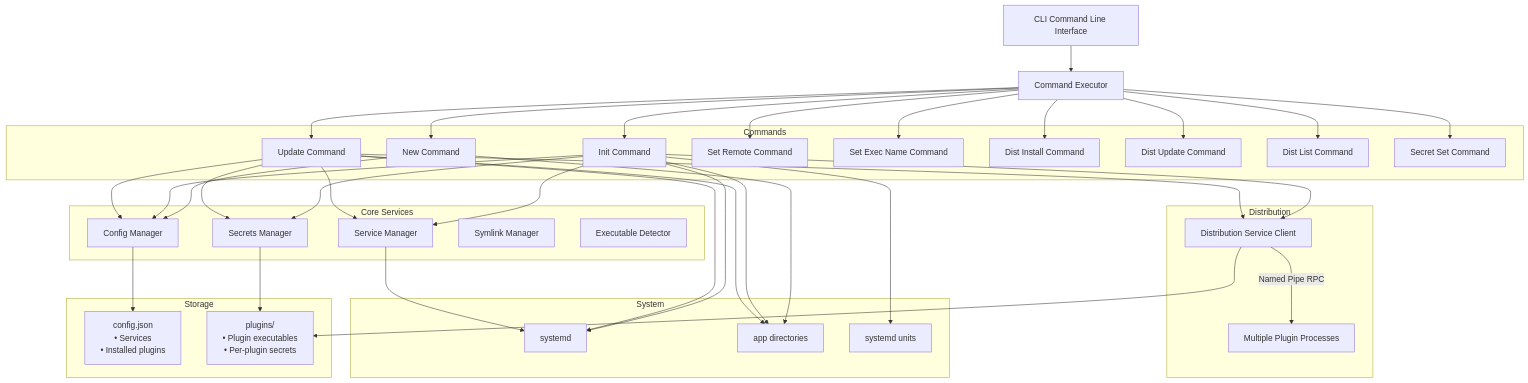
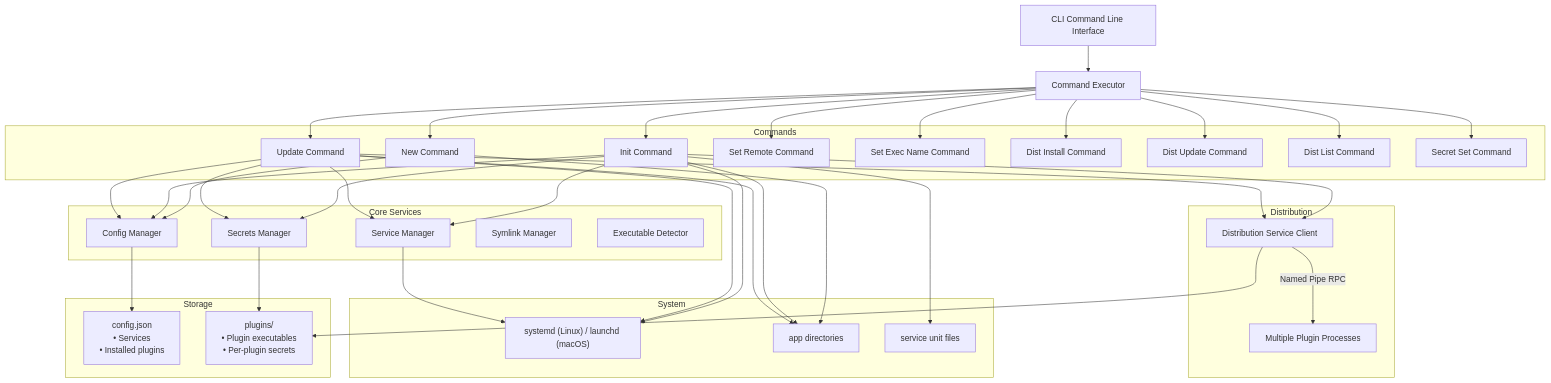
The first of 6 diagrams in README.md (AdamTovatt/updaemon), drawn with Mermaid before and after one commit. The commit also changed other lines of this file and 40 other files, not shown here.

````diff
--- a/README.md
+++ b/README.md
@@ -571,76 +646,76 @@
 ```mermaid
 graph TB
     CLI[CLI Command Line Interface]
     Executor[Command Executor]
     
     subgraph Commands
         NewCmd[New Command]
         InitCmd[Init Command]
         UpdateCmd[Update Command]
         SetRemoteCmd[Set Remote Command]
         SetExecNameCmd[Set Exec Name Command]
         DistInstallCmd[Dist Install Command]
         DistUpdateCmd[Dist Update Command]
         DistListCmd[Dist List Command]
         SecretSetCmd[Secret Set Command]
     end
     
     subgraph Core Services
         ConfigMgr[Config Manager]
         SecretsMgr[Secrets Manager]
         ServiceMgr[Service Manager]
         SymlinkMgr[Symlink Manager]
         ExecDetector[Executable Detector]
     end
     
     subgraph Distribution
         DistClient[Distribution Service Client]
         Plugins[Multiple Plugin Processes]
     end
     
     subgraph Storage
         ConfigFile["config.json<br/>• Services<br/>• Installed plugins"]
         PluginFiles["plugins/<br/>• Plugin executables<br/>• Per-plugin secrets"]
     end
     
     subgraph System
-        Systemd[systemd]
+        Init["systemd (Linux) / launchd (macOS)"]
         OptDir["app directories"]
-        EtcDir["systemd units"]
+        EtcDir["service unit files"]
     end
     
     CLI --> Executor
     Executor --> NewCmd
     Executor --> InitCmd
     Executor --> UpdateCmd
     Executor --> SetRemoteCmd
     Executor --> SetExecNameCmd
     Executor --> DistInstallCmd
     Executor --> DistUpdateCmd
     Executor --> DistListCmd
     Executor --> SecretSetCmd
 
     NewCmd --> ConfigMgr
     InitCmd --> ConfigMgr
     InitCmd --> SecretsMgr
     InitCmd --> ServiceMgr
     InitCmd --> DistClient
     UpdateCmd --> ConfigMgr
     UpdateCmd --> SecretsMgr
     UpdateCmd --> ServiceMgr
     UpdateCmd --> DistClient
 
     ConfigMgr --> ConfigFile
     SecretsMgr --> PluginFiles
 
     DistClient -->|Named Pipe RPC| Plugins
     DistClient --> PluginFiles
 
-    InitCmd --> Systemd
-    UpdateCmd --> Systemd
-    ServiceMgr --> Systemd
+    InitCmd --> Init
+    UpdateCmd --> Init
+    ServiceMgr --> Init
     NewCmd --> OptDir
     InitCmd --> OptDir
     UpdateCmd --> OptDir
     InitCmd --> EtcDir
 ```
````
